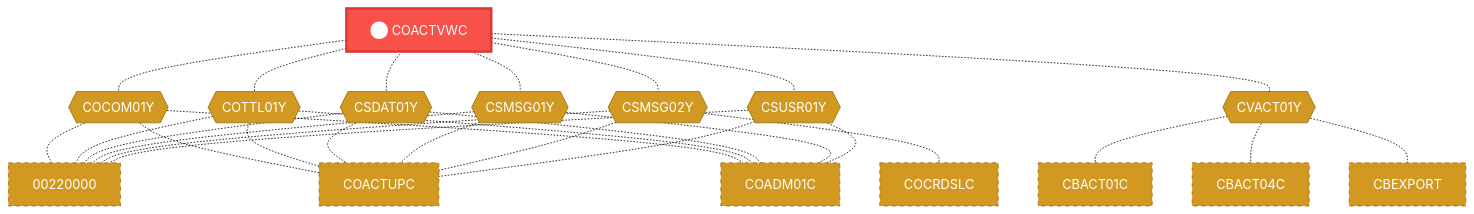
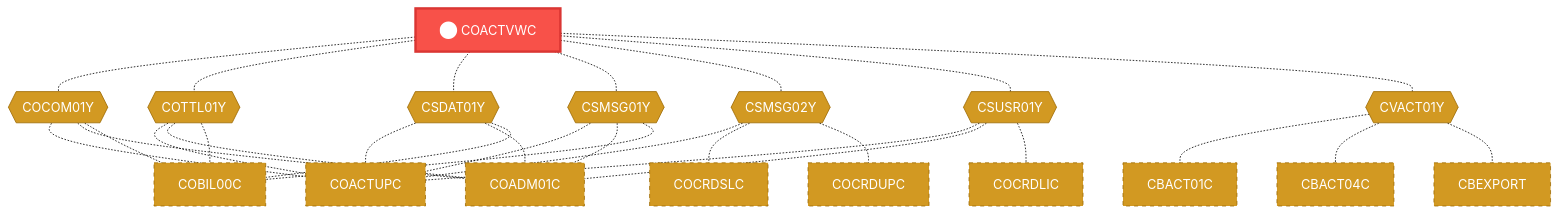
The first of 2 diagrams in Unisys_doc-main/doc_demo/docs/programs/COACTVWC.md (Arun973150/new_doc), drawn with Mermaid (forest theme) before and after one commit. The commit also changed other lines of this file and 609 other files, not shown here.

````diff
--- a/Unisys_doc-main/doc_demo/docs/programs/COACTVWC.md
+++ b/Unisys_doc-main/doc_demo/docs/programs/COACTVWC.md
@@ -61,66 +61,66 @@
 ```mermaid
 flowchart TD
     COACTVWC["⬤ COACTVWC"]:::target
     CB_COCOM01Y{{"COCOM01Y"}}:::copybook
     COACTVWC -.- CB_COCOM01Y
-    00220000["00220000"]:::coupled
-    CB_COCOM01Y -.- 00220000
     COACTUPC["COACTUPC"]:::coupled
     CB_COCOM01Y -.- COACTUPC
     COADM01C["COADM01C"]:::coupled
     CB_COCOM01Y -.- COADM01C
+    COBIL00C["COBIL00C"]:::coupled
+    CB_COCOM01Y -.- COBIL00C
     CB_COTTL01Y{{"COTTL01Y"}}:::copybook
     COACTVWC -.- CB_COTTL01Y
-    00220000["00220000"]:::coupled
-    CB_COTTL01Y -.- 00220000
     COACTUPC["COACTUPC"]:::coupled
     CB_COTTL01Y -.- COACTUPC
     COADM01C["COADM01C"]:::coupled
     CB_COTTL01Y -.- COADM01C
+    COBIL00C["COBIL00C"]:::coupled
+    CB_COTTL01Y -.- COBIL00C
     CB_CSDAT01Y{{"CSDAT01Y"}}:::copybook
     COACTVWC -.- CB_CSDAT01Y
-    00220000["00220000"]:::coupled
-    CB_CSDAT01Y -.- 00220000
     COACTUPC["COACTUPC"]:::coupled
     CB_CSDAT01Y -.- COACTUPC
     COADM01C["COADM01C"]:::coupled
     CB_CSDAT01Y -.- COADM01C
+    COBIL00C["COBIL00C"]:::coupled
+    CB_CSDAT01Y -.- COBIL00C
     CB_CSMSG01Y{{"CSMSG01Y"}}:::copybook
     COACTVWC -.- CB_CSMSG01Y
-    00220000["00220000"]:::coupled
-    CB_CSMSG01Y -.- 00220000
     COACTUPC["COACTUPC"]:::coupled
     CB_CSMSG01Y -.- COACTUPC
     COADM01C["COADM01C"]:::coupled
     CB_CSMSG01Y -.- COADM01C
+    COBIL00C["COBIL00C"]:::coupled
+    CB_CSMSG01Y -.- COBIL00C
     CB_CSMSG02Y{{"CSMSG02Y"}}:::copybook
     COACTVWC -.- CB_CSMSG02Y
-    00220000["00220000"]:::coupled
-    CB_CSMSG02Y -.- 00220000
     COACTUPC["COACTUPC"]:::coupled
     CB_CSMSG02Y -.- COACTUPC
     COCRDSLC["COCRDSLC"]:::coupled
     CB_CSMSG02Y -.- COCRDSLC
+    COCRDUPC["COCRDUPC"]:::coupled
+    CB_CSMSG02Y -.- COCRDUPC
     CB_CSUSR01Y{{"CSUSR01Y"}}:::copybook
     COACTVWC -.- CB_CSUSR01Y
-    00220000["00220000"]:::coupled
-    CB_CSUSR01Y -.- 00220000
     COACTUPC["COACTUPC"]:::coupled
     CB_CSUSR01Y -.- COACTUPC
     COADM01C["COADM01C"]:::coupled
     CB_CSUSR01Y -.- COADM01C
+    COCRDLIC["COCRDLIC"]:::coupled
+    CB_CSUSR01Y -.- COCRDLIC
     CB_CVACT01Y{{"CVACT01Y"}}:::copybook
     COACTVWC -.- CB_CVACT01Y
     CBACT01C["CBACT01C"]:::coupled
     CB_CVACT01Y -.- CBACT01C
     CBACT04C["CBACT04C"]:::coupled
     CB_CVACT01Y -.- CBACT04C
     CBEXPORT["CBEXPORT"]:::coupled
     CB_CVACT01Y -.- CBEXPORT
     classDef target fill:#f85149,stroke:#da3633,color:#fff,stroke-width:3px
     classDef caller fill:#58a6ff,stroke:#1f6feb,color:#fff
     classDef callee fill:#3fb950,stroke:#238636,color:#fff
     classDef copybook fill:#d29922,stroke:#9e6a03,color:#fff
     classDef coupled fill:#d29922,stroke:#9e6a03,color:#fff,stroke-dasharray:5
     classDef transitive fill:#484f58,stroke:#8b949e,color:#c9d1d9,stroke-dasharray:5
 ```
````
